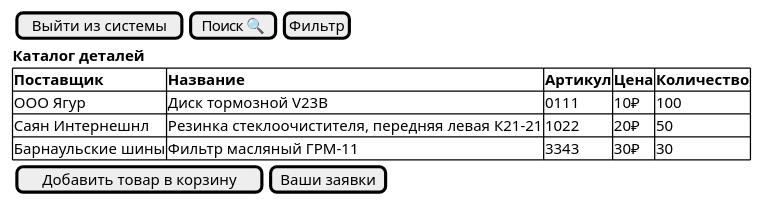
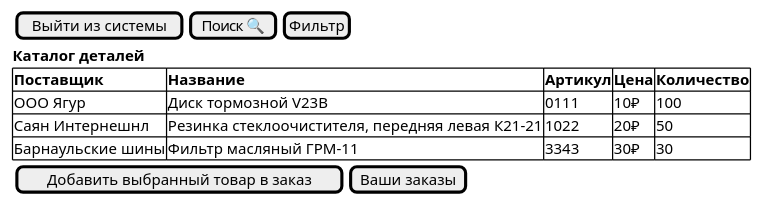
Before and after one commit to BombasticFantastik/PIS_Course_work: the diagram in uml-диаграммы/Администратор/окно_просмотра_товаров.puml, drawn with PlantUML. The commit also changed 36 other files, not shown here.

```diff
--- a/uml-диаграммы/Администратор/окно_просмотра_товаров.puml
+++ b/uml-диаграммы/Администратор/окно_просмотра_товаров.puml
@@ -1,17 +1,17 @@
 @startsalt Список товаров
 {
     {
         [Выйти из системы]|[Поиск 🔍]|[Фильтр]
     }
     <b>Каталог деталей
     {# <b>Поставщик | <b>Название | <b>Артикул| <b>Цена| <b>Количество
     ООО Ягур | Диск тормозной V23B  | 0111  | 10₽ | 100 
     Саян Интернешнл  |  Резинка стеклоочистителя, передняя левая К21-21 | 1022 | 20₽ | 50  
     Барнаульские шины | Фильтр масляный ГРМ-11 | 3343 | 30₽ | 30
     }
     {
-        [Добавить товар в корзину]| [Ваши заявки]
+        [Добавить выбранный товар в заказ]| [Ваши заказы]
     }
     
 }
 @endsalt
```
